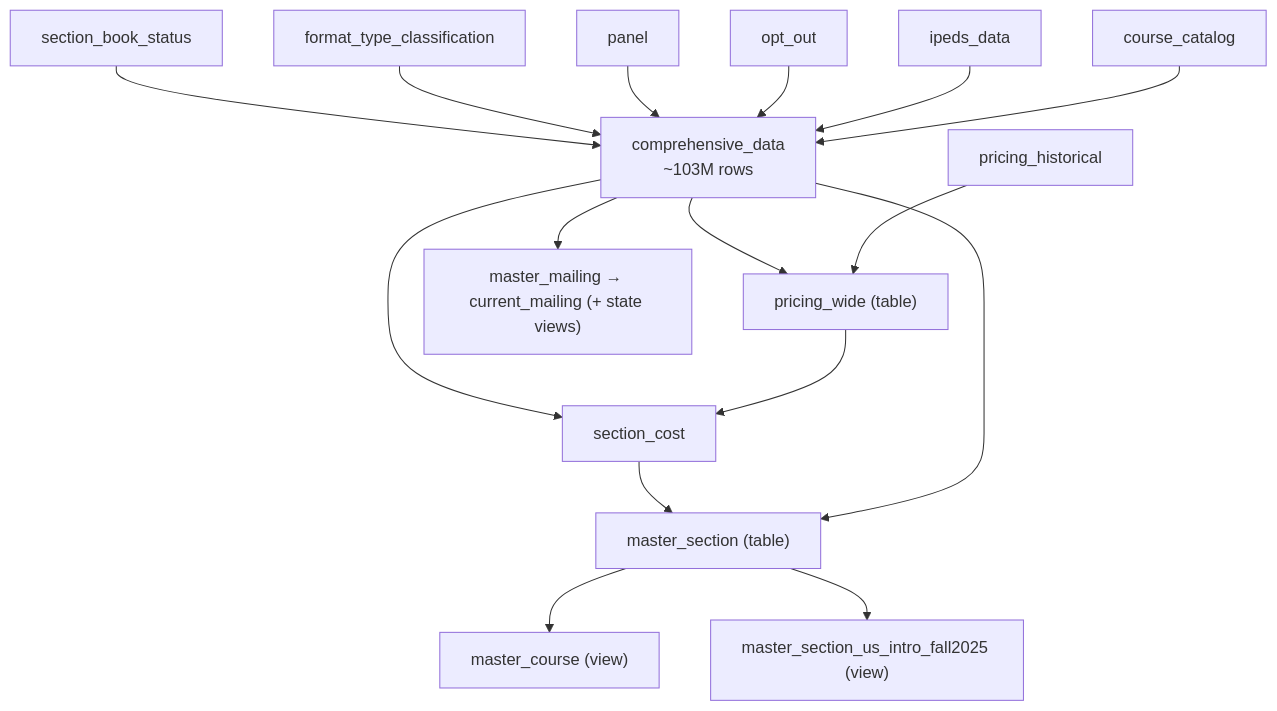
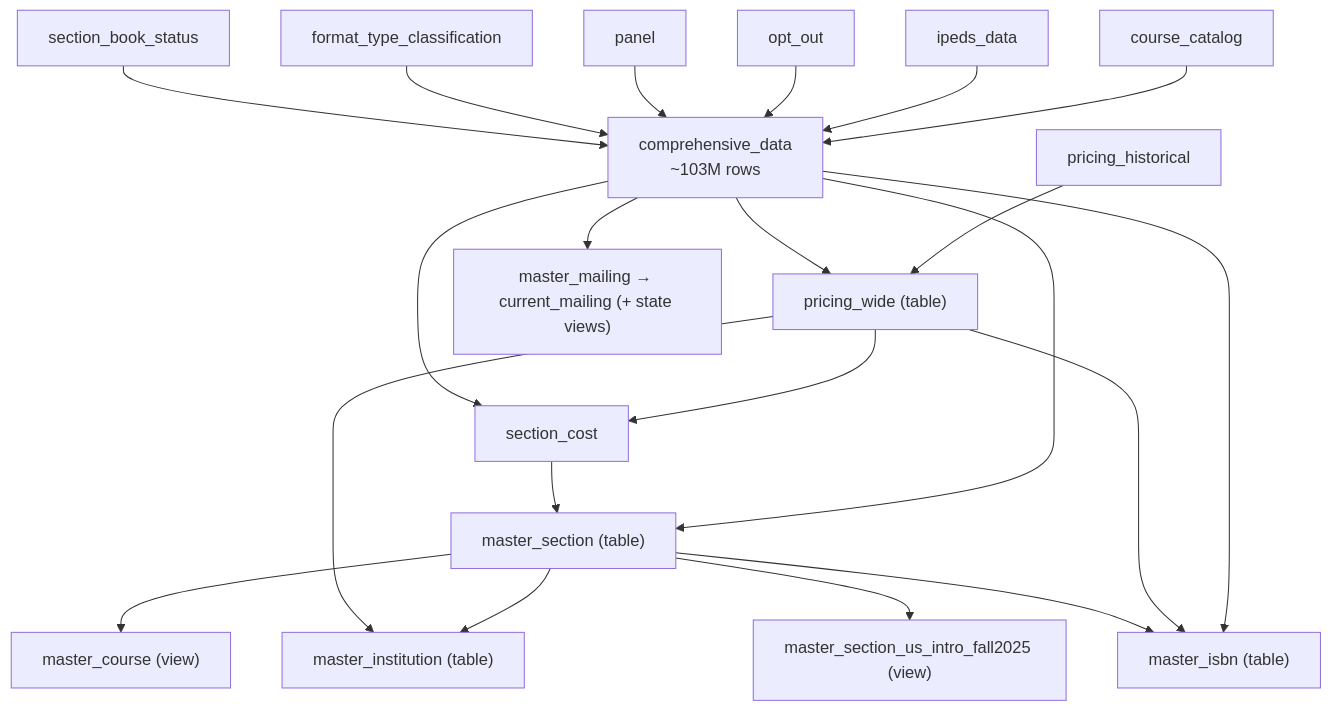
The diagram in SCHEMA.md (christopherseaman/commodoreSQL), drawn with Mermaid before and after one commit. The commit also changed other lines of this file and 13 other files, not shown here.

````diff
--- a/SCHEMA.md
+++ b/SCHEMA.md
@@ -79,18 +87,23 @@
 ```mermaid
 flowchart TD
     catalog["course_catalog"] --> cd["comprehensive_data<br/>~103M rows"]
     ipeds["ipeds_data"] --> cd
     optout["opt_out"] --> cd
     panel["panel"] --> cd
     ftc["format_type_classification"] --> cd
     sbs["section_book_status"] --> cd
     pricing["pricing_historical"] --> pw["pricing_wide (table)"]
     cd --> pw
     cd --> ms["master_section (table)"]
     pw --> sc["section_cost"]
     cd --> sc
     sc --> ms
     ms --> mc["master_course (view)"]
+    ms --> mi["master_institution (table)"]
+    cd --> misbn["master_isbn (table)"]
+    pw --> mi
+    pw --> misbn
+    ms --> misbn
     ms --> usv["master_section_us_intro_fall2025 (view)"]
     cd --> mm["master_mailing → current_mailing (+ state views)"]
 ```
````
